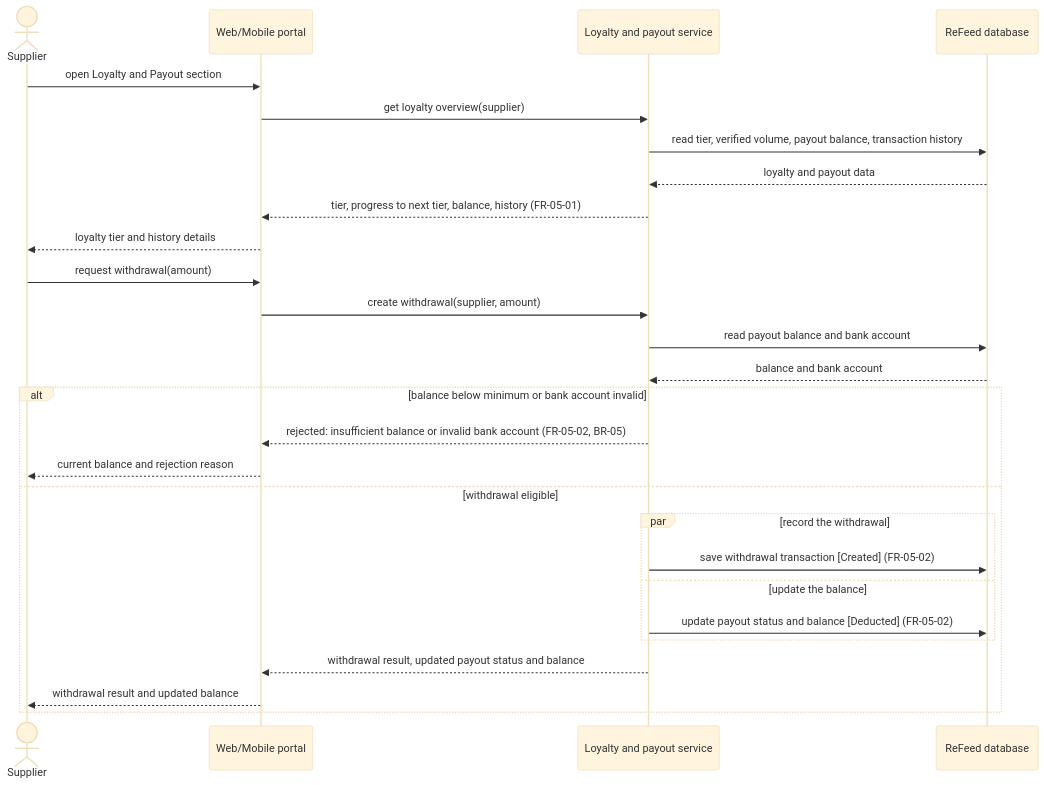
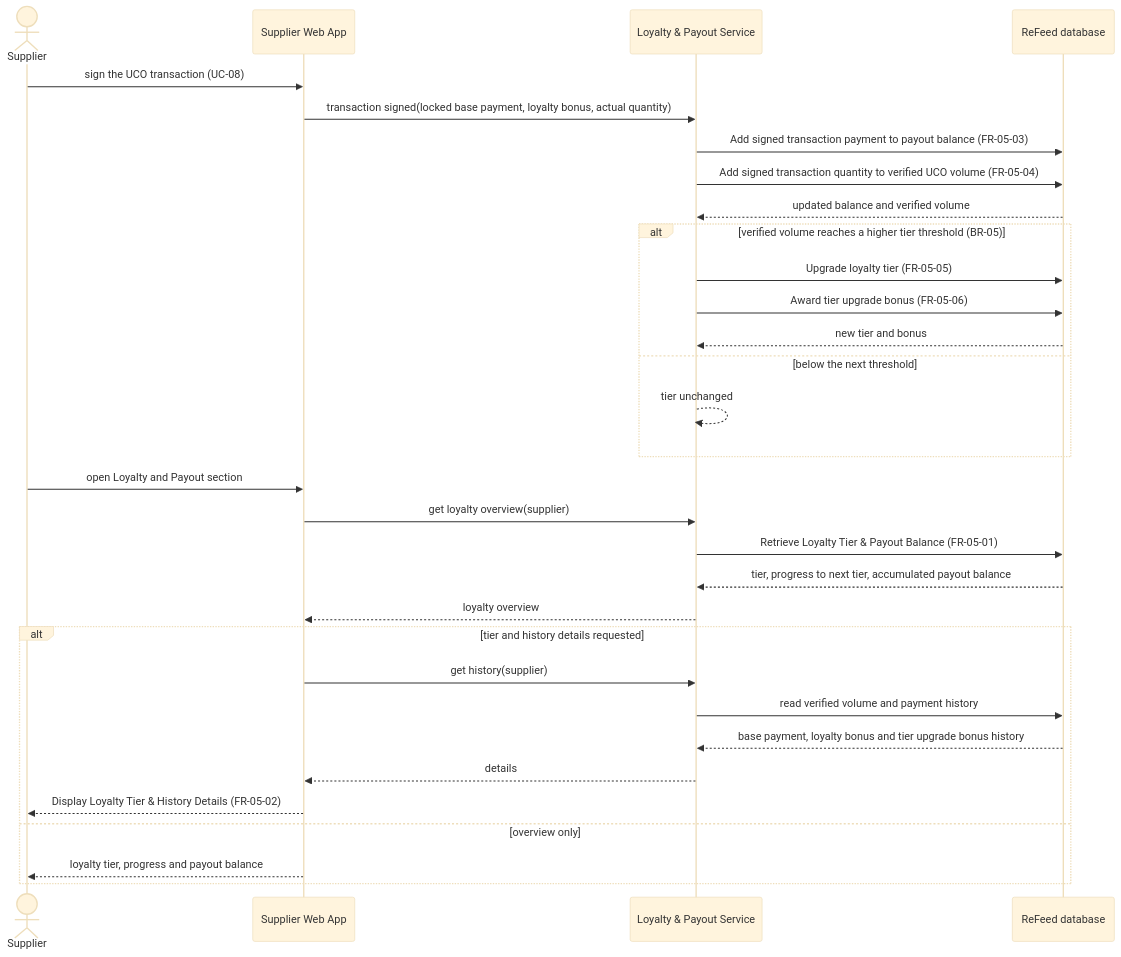
Before and after one commit to thuyvicbh-alt/DBIZ2---GROUP-D: the diagram in docs/use-case/SD-UC-12.md, drawn with Mermaid (base theme). The commit also changed other lines of this file, not shown here.

Commit message:
Revise SD-UC-12 for loyalty management details
Updated the sequence diagram and related descriptions for managing loyalty status and payout balance. Added details on supplier actions and revised versioning information.

````diff
--- a/docs/use-case/SD-UC-12.md
+++ b/docs/use-case/SD-UC-12.md
@@ -15,29 +20,33 @@
 ```mermaid
 sequenceDiagram
   actor S as Supplier
-  participant P as Web/Mobile portal
-  participant L as Loyalty and payout service
+  participant P as Supplier Web App
+  participant L as Loyalty & Payout Service
   participant D as ReFeed database
+  S->>P: sign the UCO transaction (UC-08)
+  P->>L: transaction signed(locked base payment, loyalty bonus, actual quantity)
+  L->>D: Add signed transaction payment to payout balance (FR-05-03)
+  L->>D: Add signed transaction quantity to verified UCO volume (FR-05-04)
+  D-->>L: updated balance and verified volume
+  alt verified volume reaches a higher tier threshold (BR-05)
+    L->>D: Upgrade loyalty tier (FR-05-05)
+    L->>D: Award tier upgrade bonus (FR-05-06)
+    D-->>L: new tier and bonus
+  else below the next threshold
+    L-->>L: tier unchanged
+  end
   S->>P: open Loyalty and Payout section
   P->>L: get loyalty overview(supplier)
-  L->>D: read tier, verified volume, payout balance, transaction history
-  D-->>L: loyalty and payout data
-  L-->>P: tier, progress to next tier, balance, history (FR-05-01)
-  P-->>S: loyalty tier and history details
-  S->>P: request withdrawal(amount)
-  P->>L: create withdrawal(supplier, amount)
-  L->>D: read payout balance and bank account
-  D-->>L: balance and bank account
-  alt balance below minimum or bank account invalid
-    L-->>P: rejected: insufficient balance or invalid bank account (FR-05-02, BR-05)
-    P-->>S: current balance and rejection reason
-  else withdrawal eligible
-    par record the withdrawal
-      L->>D: save withdrawal transaction [Created] (FR-05-02)
-    and update the balance
-      L->>D: update payout status and balance [Deducted] (FR-05-02)
-    end
-    L-->>P: withdrawal result, updated payout status and balance
-    P-->>S: withdrawal result and updated balance
+  L->>D: Retrieve Loyalty Tier & Payout Balance (FR-05-01)
+  D-->>L: tier, progress to next tier, accumulated payout balance
+  L-->>P: loyalty overview
+  alt tier and history details requested
+    P->>L: get history(supplier)
+    L->>D: read verified volume and payment history
+    D-->>L: base payment, loyalty bonus and tier upgrade bonus history
+    L-->>P: details
+    P-->>S: Display Loyalty Tier & History Details (FR-05-02)
+  else overview only
+    P-->>S: loyalty tier, progress and payout balance
   end
 ```
````
